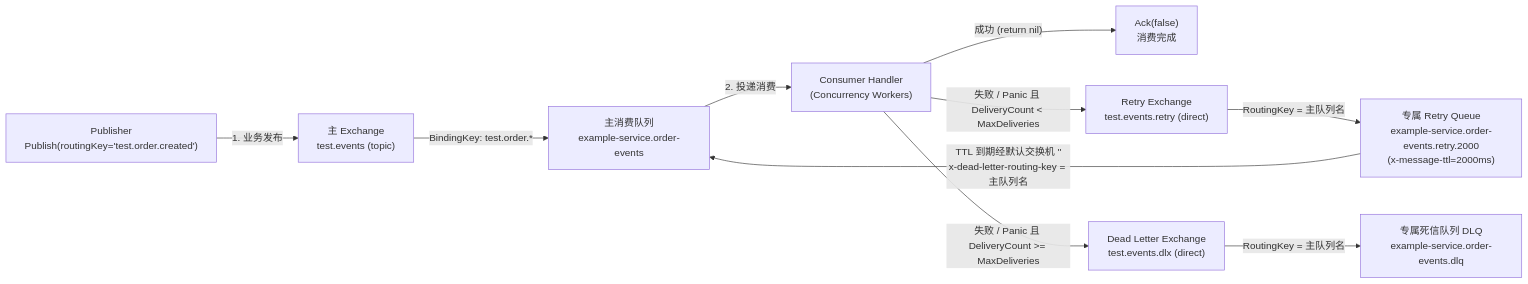
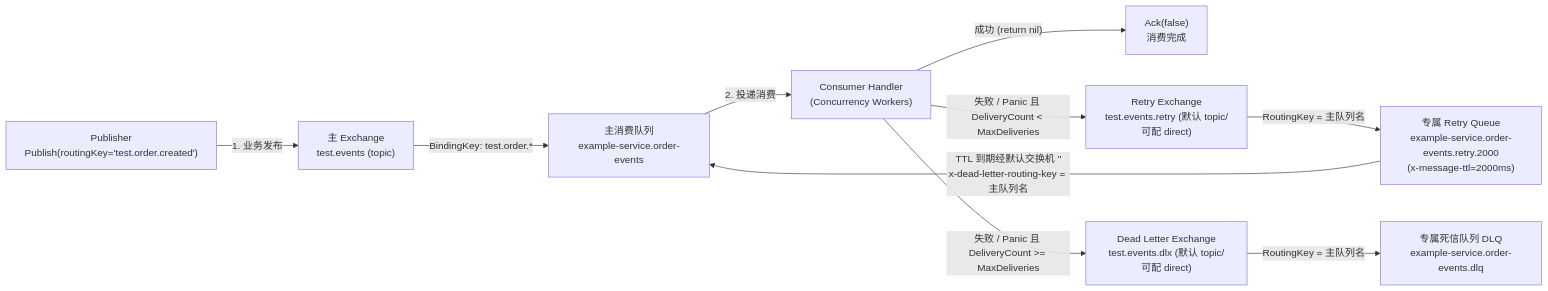
The first of 2 diagrams in README.md (treeforest/go-rabbitmq), drawn with Mermaid before and after one commit. The commit also changed other lines of this file, not shown here.

Commit message:
docs: 更新重试与死信交换机配置文档及拓扑图说明

````diff
--- a/README.md
+++ b/README.md
@@ -22,12 +22,12 @@
 ```mermaid
 flowchart LR
     P["Publisher<br/>Publish(routingKey='test.order.created')"] -->|"1. 业务发布"| EX["主 Exchange<br/>test.events (topic)"]
     EX -->|"BindingKey: test.order.*"| Q["主消费队列<br/>example-service.order-events"]
     Q -->|"2. 投递消费"| H["Consumer Handler<br/>(Concurrency Workers)"]
     H -->|"成功 (return nil)"| ACK["Ack(false)<br/>消费完成"]
-    H -->|"失败 / Panic 且 DeliveryCount < MaxDeliveries"| REX["Retry Exchange<br/>test.events.retry (direct)"]
+    H -->|"失败 / Panic 且 DeliveryCount < MaxDeliveries"| REX["Retry Exchange<br/>test.events.retry (默认 topic/可配 direct)"]
     REX -->|"RoutingKey = 主队列名"| RQ["专属 Retry Queue<br/>example-service.order-events.retry.2000<br/>(x-message-ttl=2000ms)"]
     RQ -->|"TTL 到期经默认交换机 ''<br/>x-dead-letter-routing-key = 主队列名"| Q
-    H -->|"失败 / Panic 且 DeliveryCount >= MaxDeliveries"| DLX["Dead Letter Exchange<br/>test.events.dlx (direct)"]
+    H -->|"失败 / Panic 且 DeliveryCount >= MaxDeliveries"| DLX["Dead Letter Exchange<br/>test.events.dlx (默认 topic/可配 direct)"]
     DLX -->|"RoutingKey = 主队列名"| DLQ["专属死信队列 DLQ<br/>example-service.order-events.dlq"]
 ```
````
